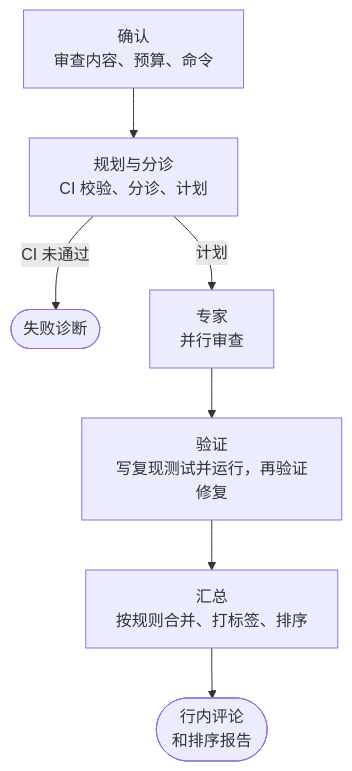
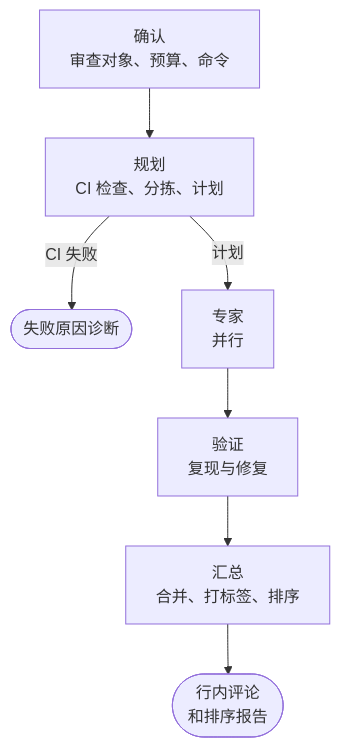
One commit to Pleasurecruise/eyeful changed the diagram in docs/zh/REVIEW.md. Above: the diagram before and after it, drawn with Mermaid. The commit also changed other lines of this file and 51 other files, not shown here.

````diff
--- a/docs/zh/REVIEW.md
+++ b/docs/zh/REVIEW.md
@@ -5,9 +5,9 @@
 ```mermaid
 flowchart TB
-    confirm["确认<br/>审查内容、预算、命令"] --> planning["规划与分诊<br/>CI 校验、分诊、计划"]
-    planning -->|CI 未通过| diagnose(["失败诊断"])
-    planning -->|计划| experts["专家<br/>并行审查"]
-    experts --> verify["验证<br/>写复现测试并运行，再验证修复"]
-    verify --> summarize["汇总<br/>按规则合并、打标签、排序"]
+    confirm["确认<br/>审查对象、预算、命令"] --> planning["规划<br/>CI 检查、分拣、计划"]
+    planning -->|CI 失败| diagnose(["失败原因诊断"])
+    planning -->|计划| experts["专家<br/>并行"]
+    experts --> verify["验证<br/>复现与修复"]
+    verify --> summarize["汇总<br/>合并、打标签、排序"]
     summarize --> feedback(["行内评论<br/>和排序报告"])
 ```
````
